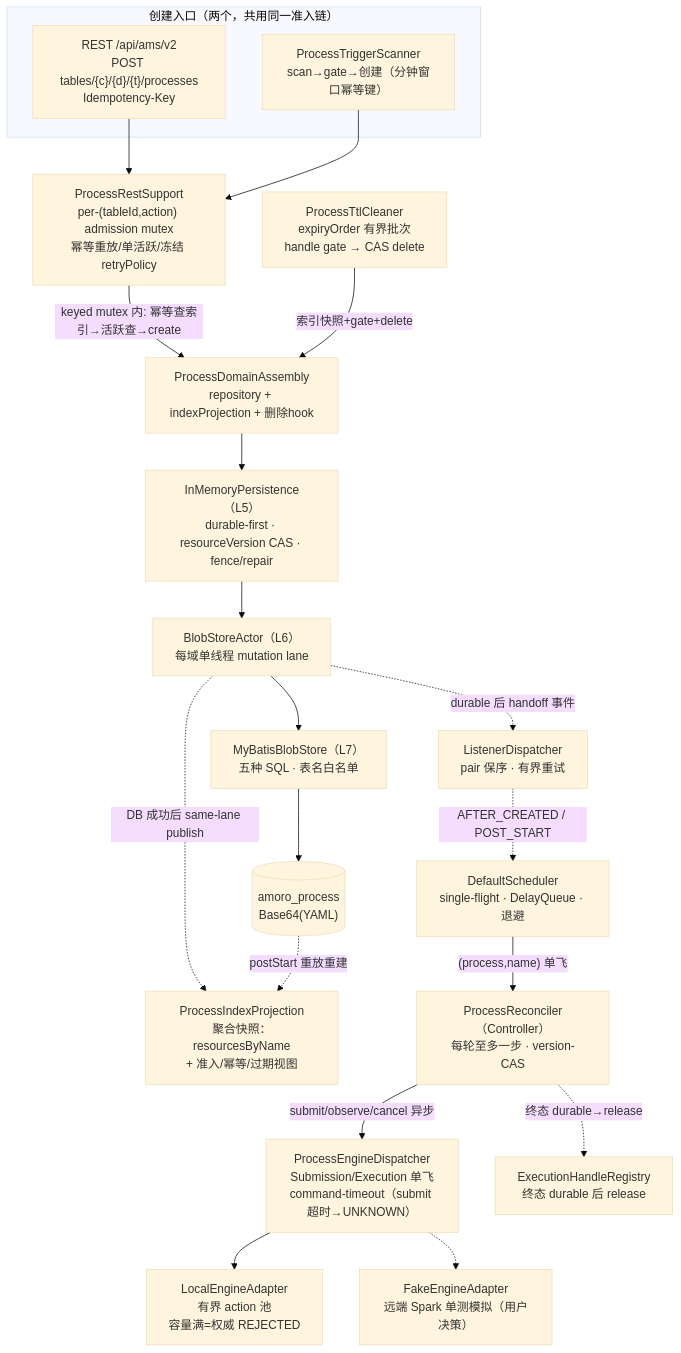
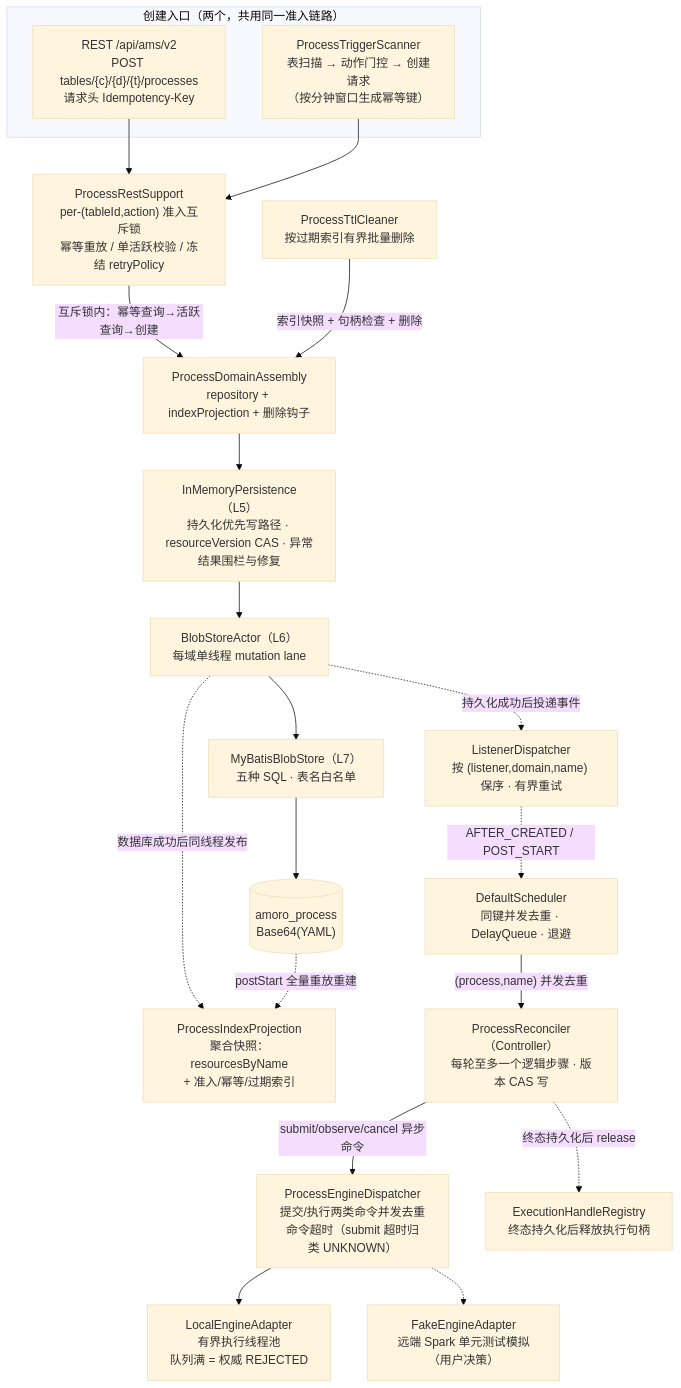
Before and after one commit to GlacioData/amoro: the first of 6 diagrams in tasks/process-lifecycle-runbook.md, drawn with Mermaid (base theme). The commit also changed other lines of this file, not shown here.

First line of the commit message:
[ams-v2][docs] Runbook 图集修订：术语规范化 + RUN/CANCEL 状态机拆分为独立两图

````diff
--- a/tasks/process-lifecycle-runbook.md
+++ b/tasks/process-lifecycle-runbook.md
@@ -28,36 +34,36 @@
 ```mermaid
 flowchart TB
-    subgraph 入口["创建入口（两个，共用同一准入链）"]
-        REST["REST /api/ams/v2<br/>POST tables/{c}/{d}/{t}/processes<br/>Idempotency-Key"]
-        SCAN["ProcessTriggerScanner<br/>scan→gate→创建（分钟窗口幂等键）"]
+    subgraph Entry["创建入口（两个，共用同一准入链路）"]
+        REST["REST /api/ams/v2<br/>POST tables/{c}/{d}/{t}/processes<br/>请求头 Idempotency-Key"]
+        SCAN["ProcessTriggerScanner<br/>表扫描 → 动作门控 → 创建请求<br/>（按分钟窗口生成幂等键）"]
     end
-    SUPPORT["ProcessRestSupport<br/>per-(tableId,action) admission mutex<br/>幂等重放/单活跃/冻结 retryPolicy"]
-    ASM["ProcessDomainAssembly<br/>repository + indexProjection + 删除hook"]
-    PERSIST["InMemoryPersistence（L5）<br/>durable-first · resourceVersion CAS · fence/repair"]
+    SUPPORT["ProcessRestSupport<br/>per-(tableId,action) 准入互斥锁<br/>幂等重放 / 单活跃校验 / 冻结 retryPolicy"]
+    ASM["ProcessDomainAssembly<br/>repository + indexProjection + 删除钩子"]
+    PERSIST["InMemoryPersistence（L5）<br/>持久化优先写路径 · resourceVersion CAS · 异常结果围栏与修复"]
     LANE["BlobStoreActor（L6）<br/>每域单线程 mutation lane"]
     BLOB["MyBatisBlobStore（L7）<br/>五种 SQL · 表名白名单"]
     DB[("amoro_process<br/>Base64(YAML)")]
-    IDX["ProcessIndexProjection<br/>聚合快照：resourcesByName<br/>+ 准入/幂等/过期视图"]
-    LD["ListenerDispatcher<br/>pair 保序 · 有界重试"]
-    SCHED["DefaultScheduler<br/>single-flight · DelayQueue · 退避"]
-    CTRL["ProcessReconciler（Controller）<br/>每轮至多一步 · version-CAS"]
-    DISP["ProcessEngineDispatcher<br/>Submission/Execution 单飞<br/>command-timeout（submit 超时→UNKNOWN）"]
-    LOCAL["LocalEngineAdapter<br/>有界 action 池<br/>容量满=权威 REJECTED"]
-    FAKE["FakeEngineAdapter<br/>远端 Spark 单测模拟（用户决策）"]
-    TTL["ProcessTtlCleaner<br/>expiryOrder 有界批次<br/>handle gate → CAS delete"]
-    REG["ExecutionHandleRegistry<br/>终态 durable 后 release"]
+    IDX["ProcessIndexProjection<br/>聚合快照：resourcesByName<br/>+ 准入/幂等/过期索引"]
+    LD["ListenerDispatcher<br/>按 (listener,domain,name) 保序 · 有界重试"]
+    SCHED["DefaultScheduler<br/>同键并发去重 · DelayQueue · 退避"]
+    CTRL["ProcessReconciler（Controller）<br/>每轮至多一个逻辑步骤 · 版本 CAS 写"]
+    DISP["ProcessEngineDispatcher<br/>提交/执行两类命令并发去重<br/>命令超时（submit 超时归类 UNKNOWN）"]
+    LOCAL["LocalEngineAdapter<br/>有界执行线程池<br/>队列满 = 权威 REJECTED"]
+    FAKE["FakeEngineAdapter<br/>远端 Spark 单元测试模拟（用户决策）"]
+    TTL["ProcessTtlCleaner<br/>按过期索引有界批量删除"]
+    REG["ExecutionHandleRegistry<br/>终态持久化后释放执行句柄"]
 
     REST --> SUPPORT
     SCAN --> SUPPORT
-    SUPPORT -->|"keyed mutex 内: 幂等查索引→活跃查→create"| ASM
+    SUPPORT -->|"互斥锁内：幂等查询→活跃查询→创建"| ASM
     ASM --> PERSIST --> LANE --> BLOB --> DB
-    LANE -.->|"DB 成功后 same-lane publish"| IDX
-    LANE -.->|"durable 后 handoff 事件"| LD
+    LANE -.->|"数据库成功后同线程发布"| IDX
+    LANE -.->|"持久化成功后投递事件"| LD
     LD -.->|"AFTER_CREATED / POST_START"| SCHED
-    SCHED -->|"(process,name) 单飞"| CTRL
-    CTRL -->|"submit/observe/cancel 异步"| DISP --> LOCAL
+    SCHED -->|"(process,name) 并发去重"| CTRL
+    CTRL -->|"submit/observe/cancel 异步命令"| DISP --> LOCAL
     DISP -.-> FAKE
-    CTRL -.->|"终态 durable→release"| REG
-    TTL -->|"索引快照+gate+delete"| ASM
-    DB -.->|"postStart 重放重建"| IDX
+    CTRL -.->|"终态持久化后 release"| REG
+    TTL -->|"索引快照 + 句柄检查 + 删除"| ASM
+    DB -.->|"postStart 全量重放重建"| IDX
 ```
````
